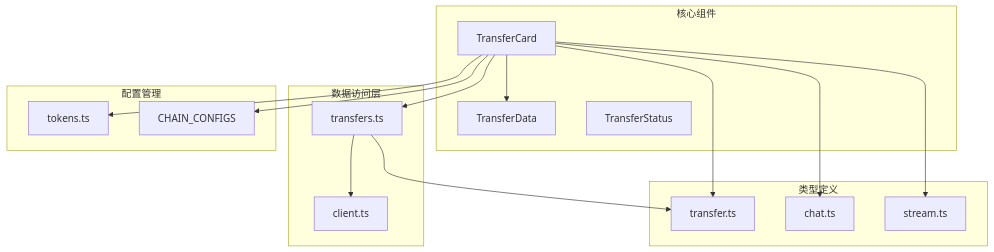
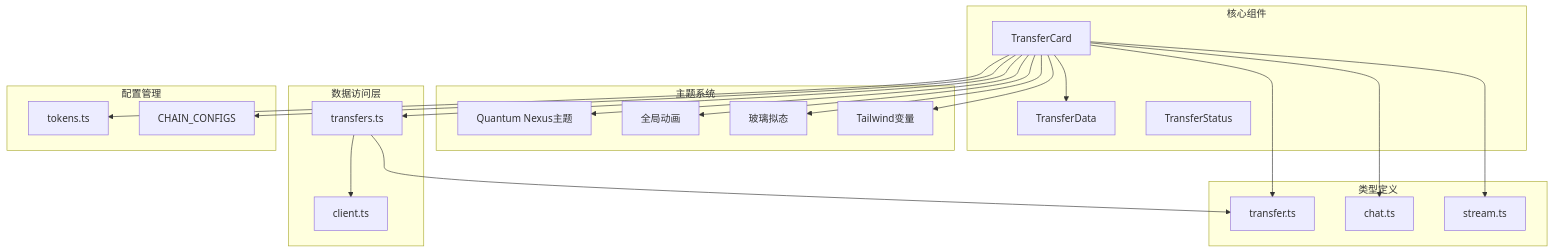
Before and after one commit to CryptoLinxu/Web3-AI-Agent: diagram 17 of 18 in .qoder/repowiki/zh/content/项目概述/整体架构概览/Web应用程序/TransferCard转账卡片组件.md, drawn with Mermaid. The commit also changed other lines of this file and 9 other files, not shown here.

````diff
--- a/.qoder/repowiki/zh/content/项目概述/整体架构概览/Web应用程序/TransferCard转账卡片组件.md
+++ b/.qoder/repowiki/zh/content/项目概述/整体架构概览/Web应用程序/TransferCard转账卡片组件.md
@@ -495,30 +648,40 @@
 ```mermaid
 graph TB
 subgraph "核心组件"
 TC[TransferCard]
 TData[TransferData]
 TStatus[TransferStatus]
+end
+subgraph "主题系统"
+QS[Quantum Nexus主题]
+GA[全局动画]
+GL[玻璃拟态]
+TV[Tailwind变量]
 end
 subgraph "数据访问层"
 TS[transfers.ts]
 SC[client.ts]
 end
 subgraph "配置管理"
 TK[tokens.ts]
 CFG[CHAIN_CONFIGS]
 end
 subgraph "类型定义"
 TT[transfer.ts]
 CT[chat.ts]
 ST[stream.ts]
 end
 TC --> TS
 TC --> TK
 TC --> CFG
 TC --> TData
+TC --> QS
+TC --> GA
+TC --> GL
+TC --> TV
 TS --> SC
 TS --> TT
 TC --> TT
 TC --> CT
 TC --> ST
 ```
````
